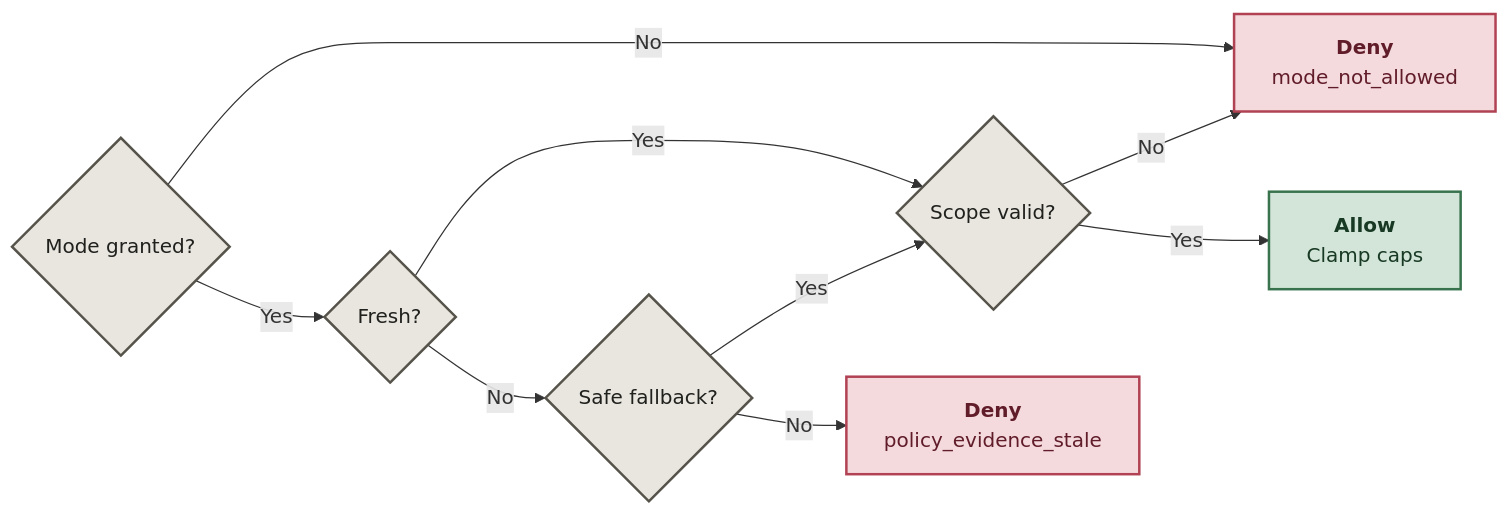
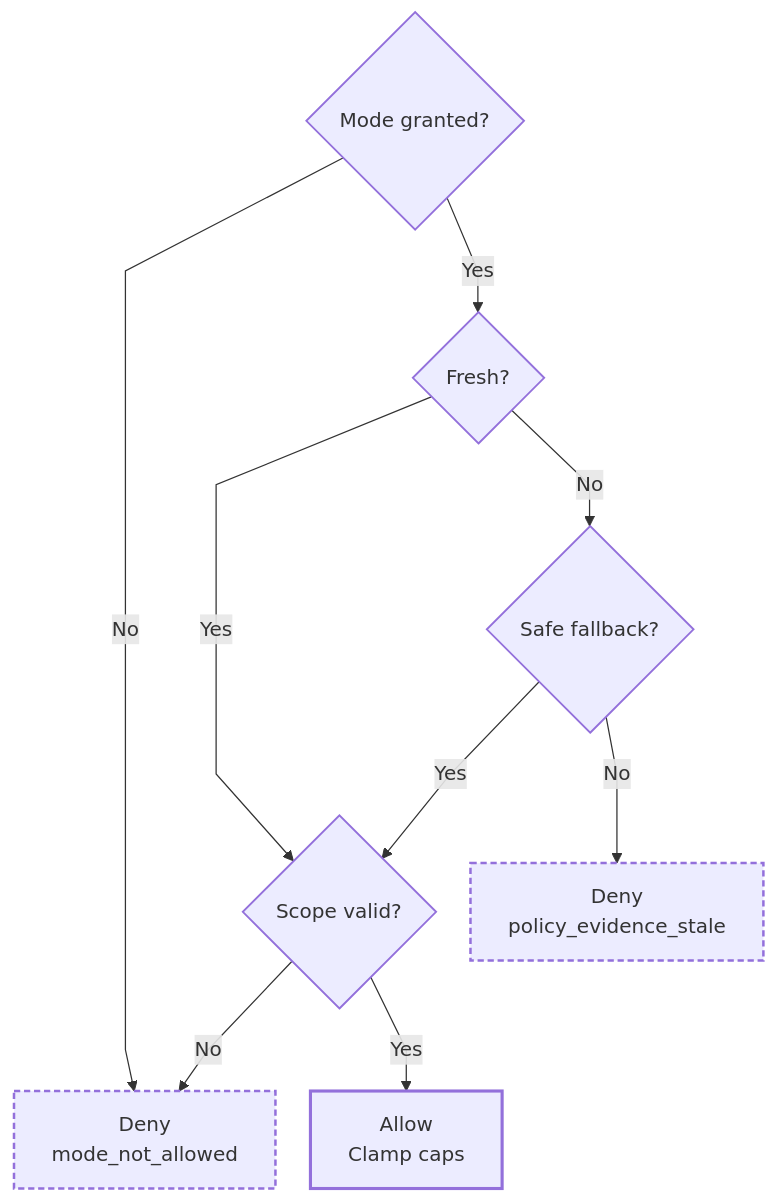
Before and after one commit to Niyam-Paneru/agent-policy-core: the second of 3 diagrams in README.md, drawn with Mermaid. The commit also changed other lines of this file, not shown here.

Commit message:
Improve Mermaid layout and light-dark theme readability

````diff
--- a/README.md
+++ b/README.md
@@ -33,17 +42,26 @@
 ```mermaid
-flowchart LR
-    M{"Mode granted?"} -- No --> N["<b>Deny</b><br/>mode_not_allowed"]
+---
+config:
+  flowchart:
+    curve: linear
+    nodeSpacing: 28
+    rankSpacing: 42
+---
+flowchart TB
+    accTitle: Mode and freshness can narrow permission
+    accDescr: Decision flow for mode and freshness can narrow permission.
+    M{"Mode granted?"} -- No --> N["Deny<br/>mode_not_allowed"]
     M -- Yes --> F{"Fresh?"}
     F -- Yes --> G{"Scope valid?"}
     F -- No --> S{"Safe fallback?"}
     S -- Yes --> G
-    S -- No --> I["<b>Deny</b><br/>policy_evidence_stale"]
+    S -- No --> I["Deny<br/>policy_evidence_stale"]
     G -- No --> N
-    G -- Yes --> H["<b>Allow</b><br/>Clamp caps"]
-    classDef input fill:#e8e6df,stroke:#55534a,color:#20201d,stroke-width:2px;
-    classDef pass fill:#d2e5d8,stroke:#38734d,color:#183923,stroke-width:2px;
-    classDef stop fill:#f4dadd,stroke:#b14253,color:#611c29,stroke-width:2px;
+    G -- Yes --> H["Allow<br/>Clamp caps"]
+    classDef input stroke-width:1.5px;
+    classDef pass stroke-width:2.5px;
+    classDef stop stroke-width:2px,stroke-dasharray:5 3;
     class M,F,S,G input;
     class H pass;
     class I,N stop;
 ```
````
